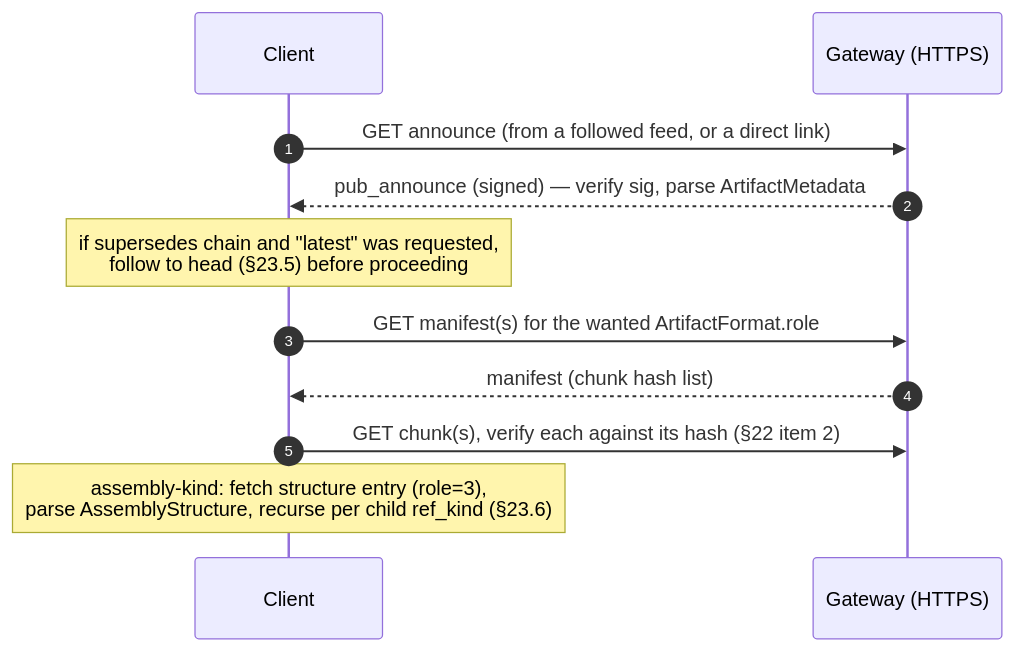
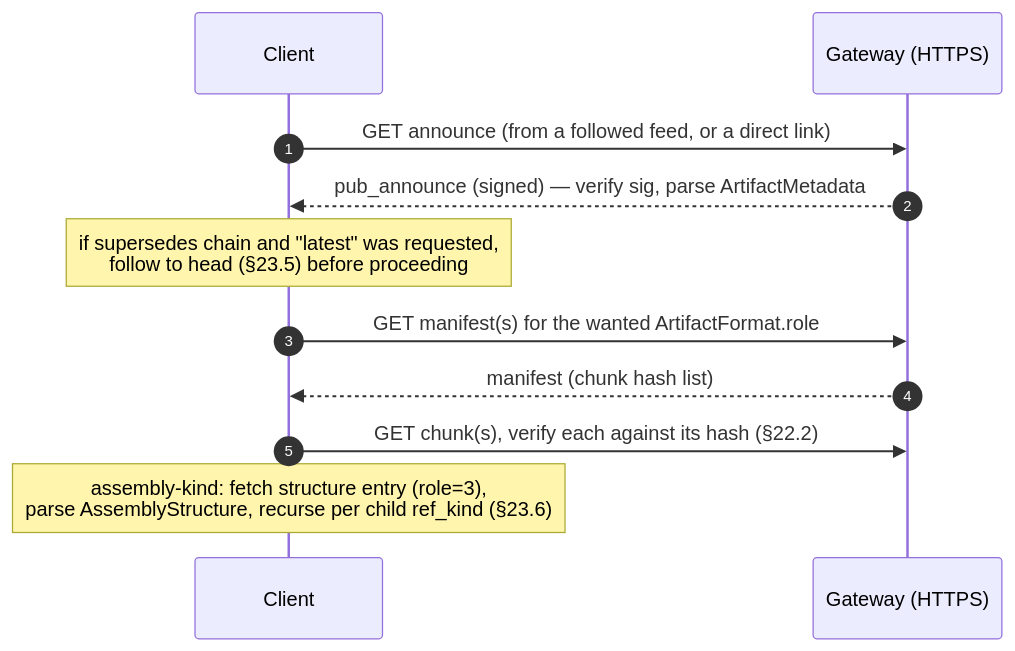
Before and after one commit to env-oir/dmtap: the diagram in 23-cad-artifact-profile.md, drawn with Mermaid. The commit also changed other lines of this file and 4 other files, not shown here.

````diff
--- a/23-cad-artifact-profile.md
+++ b/23-cad-artifact-profile.md
@@ -379,13 +384,13 @@
 ```mermaid
 sequenceDiagram
   autonumber
   participant Client
   participant GW as Gateway (HTTPS)
   Client->>GW: GET announce (from a followed feed, or a direct link)
   GW-->>Client: pub_announce (signed) — verify sig, parse ArtifactMetadata
   Note over Client: if supersedes chain and "latest" was requested,<br/>follow to head (§23.5) before proceeding
   Client->>GW: GET manifest(s) for the wanted ArtifactFormat.role
   GW-->>Client: manifest (chunk hash list)
-  Client->>GW: GET chunk(s), verify each against its hash (§22 item 2)
+  Client->>GW: GET chunk(s), verify each against its hash (§22.2)
   Note over Client: assembly-kind: fetch structure entry (role=3),<br/>parse AssemblyStructure, recurse per child ref_kind (§23.6)
 ```
````
